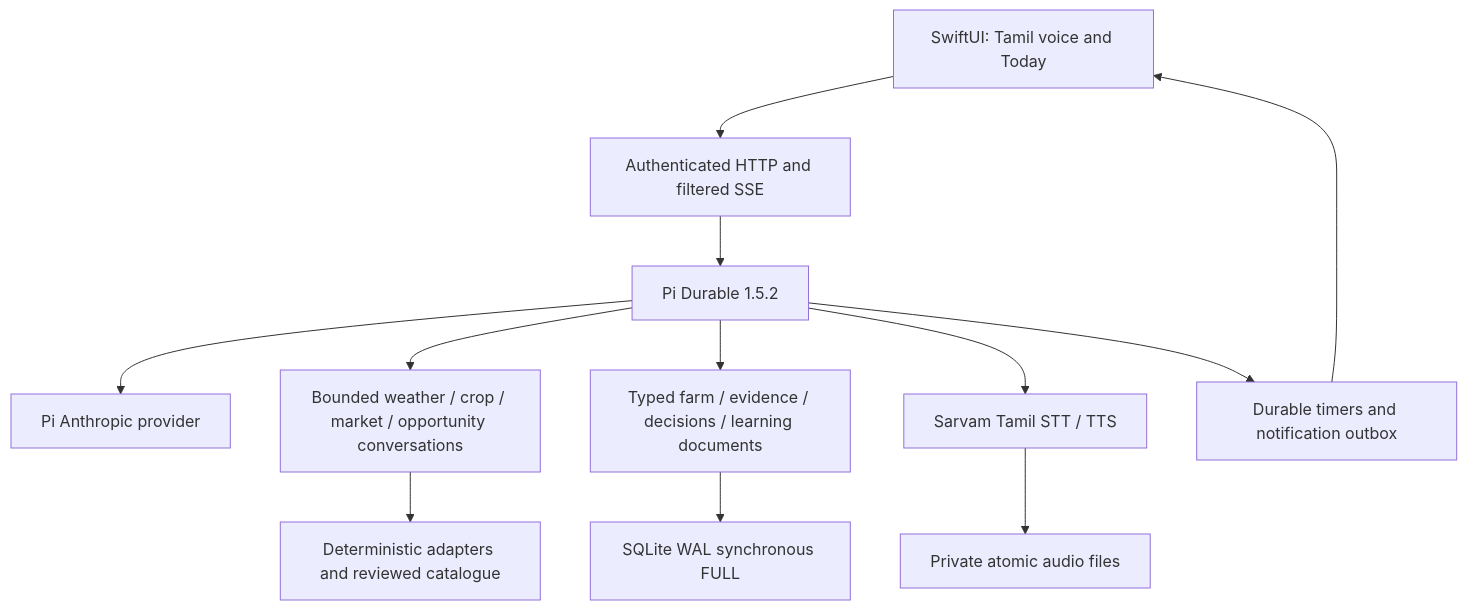
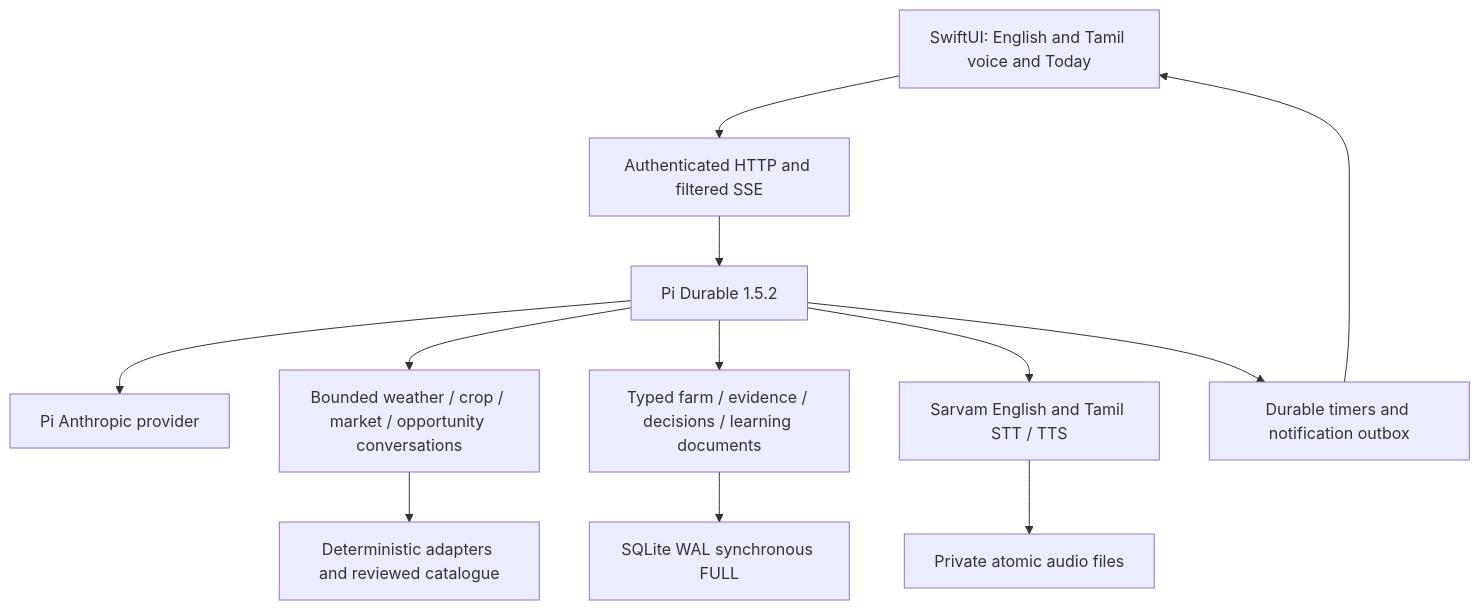
One commit to roniejosephv-star/kalani changed the diagram in README.md. Above: the diagram before and after it, drawn with Mermaid. The commit also changed other lines of this file and 21 other files, not shown here.

Commit message:
Preserve each message's language when farmers switch between English and Tamil

````diff
--- a/README.md
+++ b/README.md
@@ -42,14 +42,14 @@
 ```mermaid
 flowchart TD
-  App[SwiftUI: Tamil voice and Today] --> API[Authenticated HTTP and filtered SSE]
+  App[SwiftUI: English and Tamil voice and Today] --> API[Authenticated HTTP and filtered SSE]
   API --> Pi[Pi Durable 1.5.2]
   Pi --> Claude[Pi Anthropic provider]
   Pi --> Specialists[Bounded weather / crop / market / opportunity conversations]
   Specialists --> Sources[Deterministic adapters and reviewed catalogue]
   Pi --> State[Typed farm / evidence / decisions / learning documents]
   State --> SQLite[SQLite WAL synchronous FULL]
-  Pi --> Speech[Sarvam Tamil STT / TTS]
+  Pi --> Speech[Sarvam English and Tamil STT / TTS]
   Speech --> Audio[Private atomic audio files]
   Pi --> Delivery[Durable timers and notification outbox]
   Delivery --> App
 ```
````
